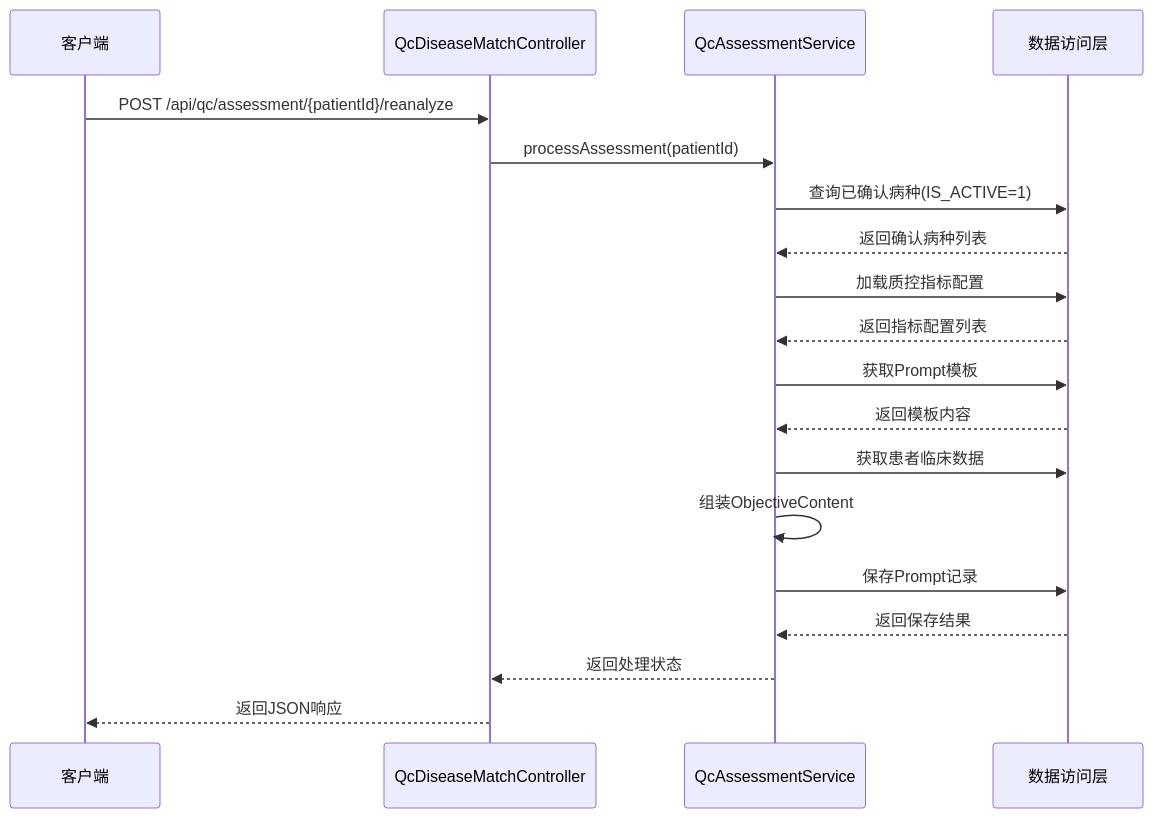
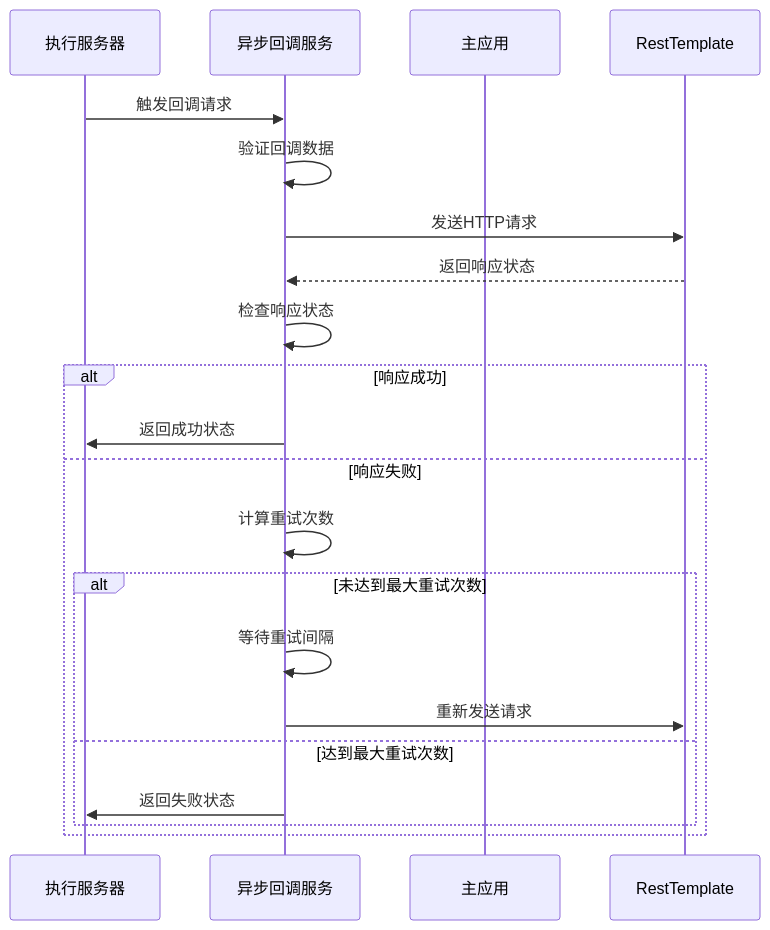
Before and after one commit to liuzh2008/med_ai_assistant_workspace: the fourth of 6 diagrams in .qoder/repowiki/zh/content/QC病种匹配系统.md, drawn with Mermaid. The commit also changed other lines of this file and 5 other files, not shown here.

````diff
--- a/.qoder/repowiki/zh/content/QC病种匹配系统.md
+++ b/.qoder/repowiki/zh/content/QC病种匹配系统.md
@@ -236,21 +199,23 @@
 ```mermaid
 sequenceDiagram
-participant Client as 客户端
-participant Controller as QcDiseaseMatchController
-participant AssessmentService as QcAssessmentService
-participant Repo as 数据访问层
-Client->>Controller : POST /api/qc/assessment/{patientId}/reanalyze
-Controller->>AssessmentService : processAssessment(patientId)
-AssessmentService->>Repo : 查询已确认病种(IS_ACTIVE=1)
-Repo-->>AssessmentService : 返回确认病种列表
-AssessmentService->>Repo : 加载质控指标配置
-Repo-->>AssessmentService : 返回指标配置列表
-AssessmentService->>Repo : 获取Prompt模板
-Repo-->>AssessmentService : 返回模板内容
-AssessmentService->>Repo : 获取患者临床数据
-AssessmentService->>AssessmentService : 组装ObjectiveContent
-AssessmentService->>Repo : 保存Prompt记录
-Repo-->>AssessmentService : 返回保存结果
-AssessmentService-->>Controller : 返回处理状态
-Controller-->>Client : 返回JSON响应
+participant ES as 执行服务器
+participant AS as 异步回调服务
+participant MA as 主应用
+participant RT as RestTemplate
+ES->>AS : 触发回调请求
+AS->>AS : 验证回调数据
+AS->>RT : 发送HTTP请求
+RT-->>AS : 返回响应状态
+AS->>AS : 检查响应状态
+alt 响应成功
+AS->>ES : 返回成功状态
+else 响应失败
+AS->>AS : 计算重试次数
+alt 未达到最大重试次数
+AS->>AS : 等待重试间隔
+AS->>RT : 重新发送请求
+else 达到最大重试次数
+AS->>ES : 返回失败状态
+end
+end
 ```
````
